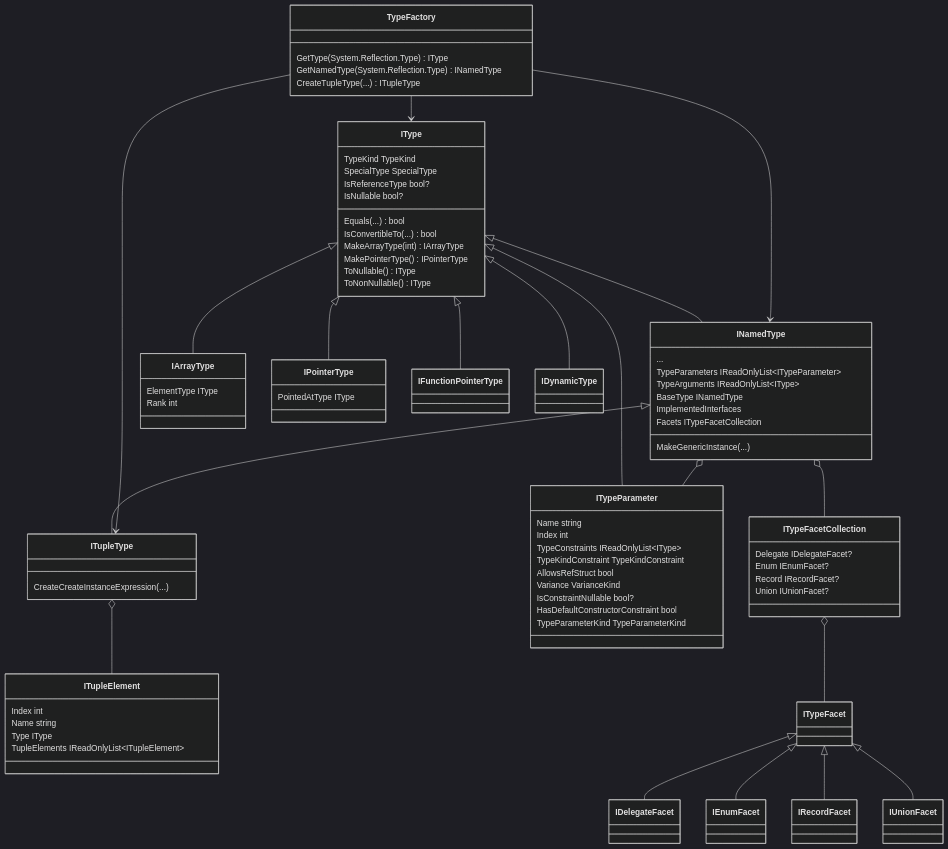
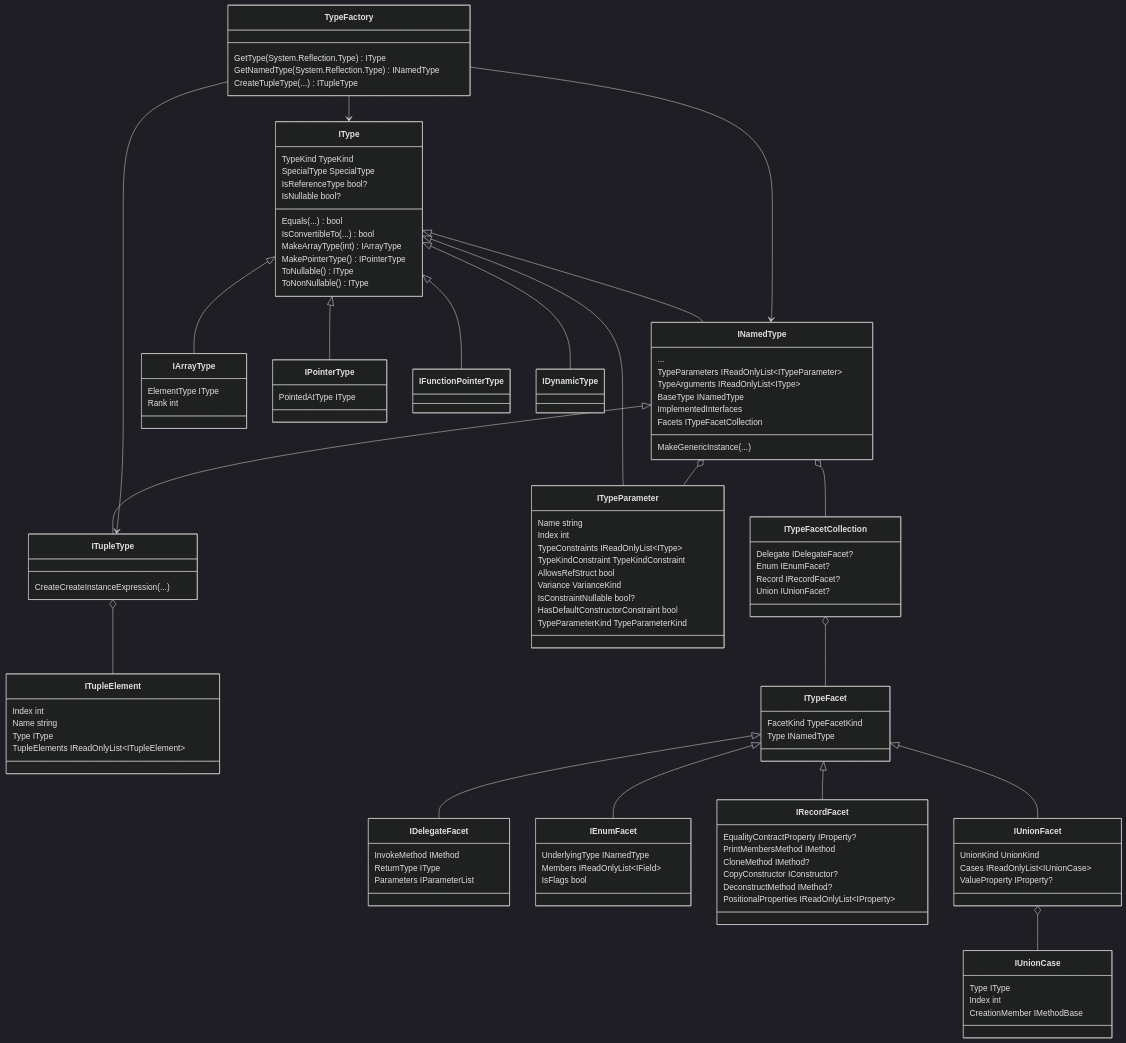
The diagram in content/conceptual/aspects/type-system.md (metalama/Metalama.Documentation), drawn with Mermaid (dark theme) before and after one commit.

Commit message:
Add facet properties to the type-system class diagram (#297)

```diff
--- a/content/conceptual/aspects/type-system.md
+++ b/content/conceptual/aspects/type-system.md
@@ -62,6 +62,46 @@
           Union IUnionFacet?
       }
 
+      class ITypeFacet {
+          FacetKind TypeFacetKind
+          Type INamedType
+      }
+
+      class IDelegateFacet {
+          InvokeMethod IMethod
+          ReturnType IType
+          Parameters IParameterList
+      }
+
+      class IEnumFacet {
+          UnderlyingType INamedType
+          Members IReadOnlyList~IField~
+          IsFlags bool
+      }
+
+      class IRecordFacet {
+          EqualityContractProperty IProperty?
+          PrintMembersMethod IMethod
+          CloneMethod IMethod?
+          CopyConstructor IConstructor?
+          DeconstructMethod IMethod?
+          PositionalProperties IReadOnlyList~IProperty~
+      }
+
+      class IUnionFacet {
+          UnionKind UnionKind
+          Cases IReadOnlyList~IUnionCase~
+          ValueProperty IProperty?
+      }
+
+      IUnionFacet o-- IUnionCase
+
+      class IUnionCase {
+          Type IType
+          Index int
+          CreationMember IMethodBase
+      }
+
     class IArrayType {
         ElementType IType
         Rank int
```
